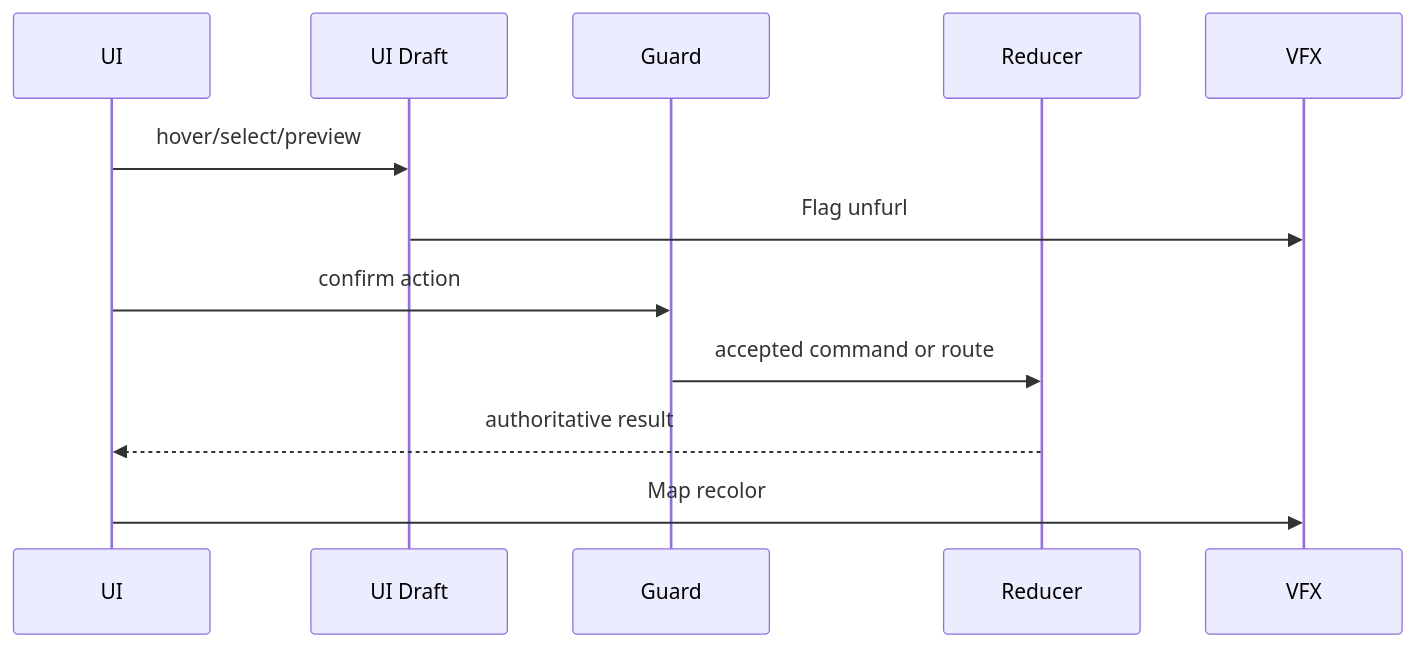
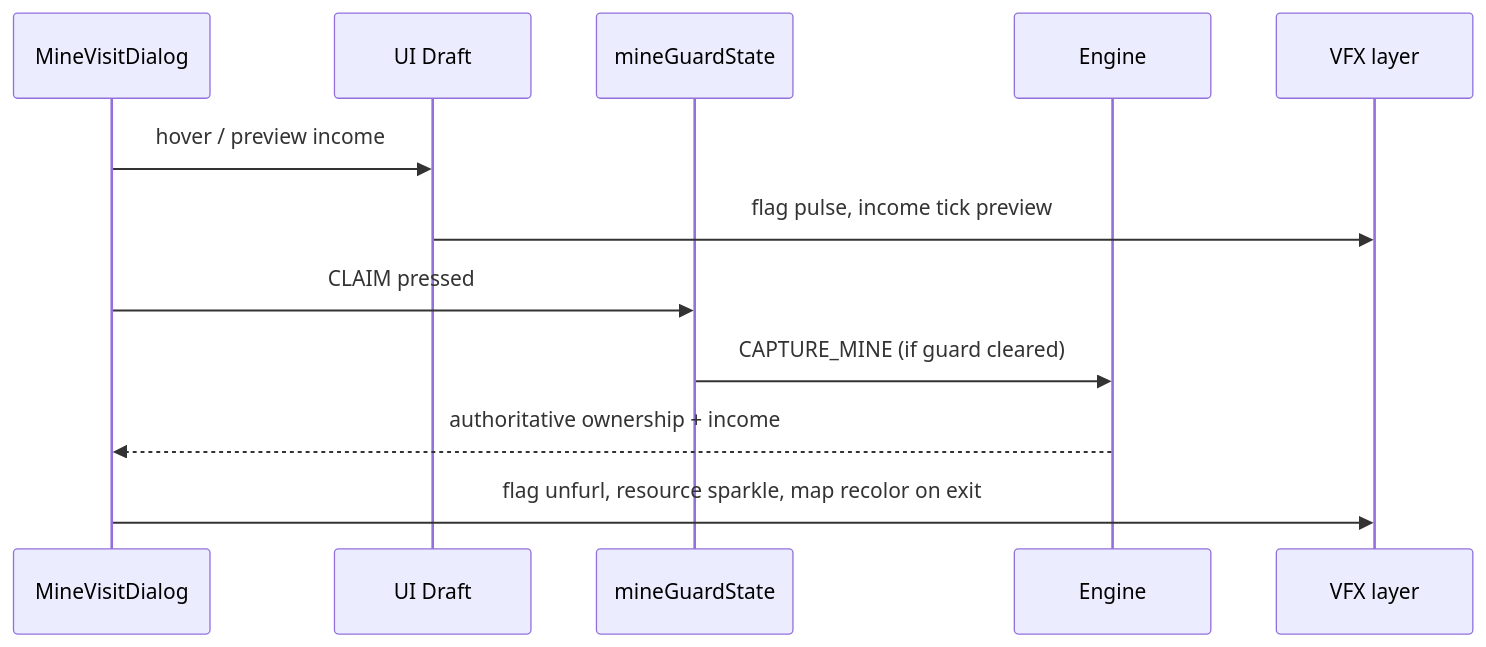
One commit to SunaNoOshiro/Heroes_Reforged_AI_Realms changed the fourth of 5 diagrams in docs/architecture/wiki/screens/20-mine-visit-dialog/architecture.md. Above: the diagram before and after it, drawn with Mermaid. The commit also changed other lines of this file and 518 other files, not shown here.

First line of the commit message:
Add doc-audit skill and sweep architecture/screen docs

````diff
--- a/docs/architecture/wiki/screens/20-mine-visit-dialog/architecture.md
+++ b/docs/architecture/wiki/screens/20-mine-visit-dialog/architecture.md
@@ -52,14 +53,14 @@
 ```mermaid
 sequenceDiagram
-  participant UI
+  participant UI as MineVisitDialog
   participant Draft as UI Draft
-  participant Guard
-  participant Reducer
-  participant VFX
-  UI->>Draft: hover/select/preview
-  Draft->>VFX: Flag unfurl
-  UI->>Guard: confirm action
-  Guard->>Reducer: accepted command or route
-  Reducer-->>UI: authoritative result
-  UI->>VFX: Map recolor
+  participant Guard as mineGuardState
+  participant Reducer as Engine
+  participant VFX as VFX layer
+  UI->>Draft: hover / preview income
+  Draft->>VFX: flag pulse, income tick preview
+  UI->>Guard: CLAIM pressed
+  Guard->>Reducer: CAPTURE_MINE (if guard cleared)
+  Reducer-->>UI: authoritative ownership + income
+  UI->>VFX: flag unfurl, resource sparkle, map recolor on exit
 ```
````
